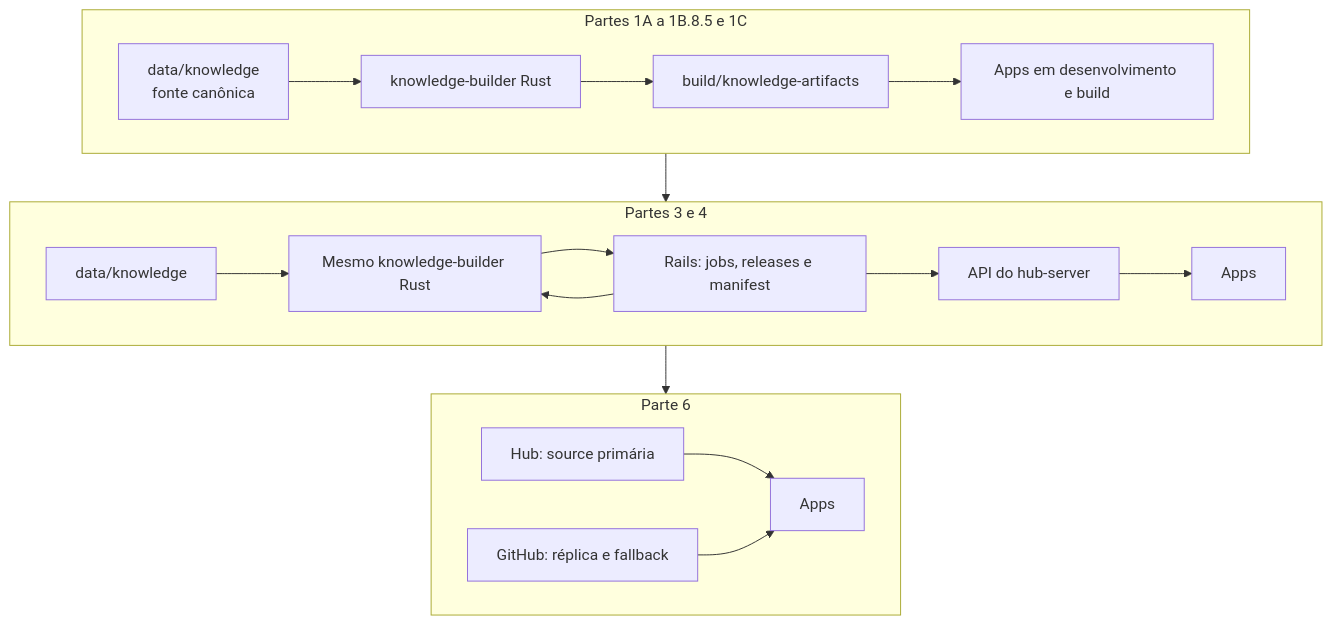
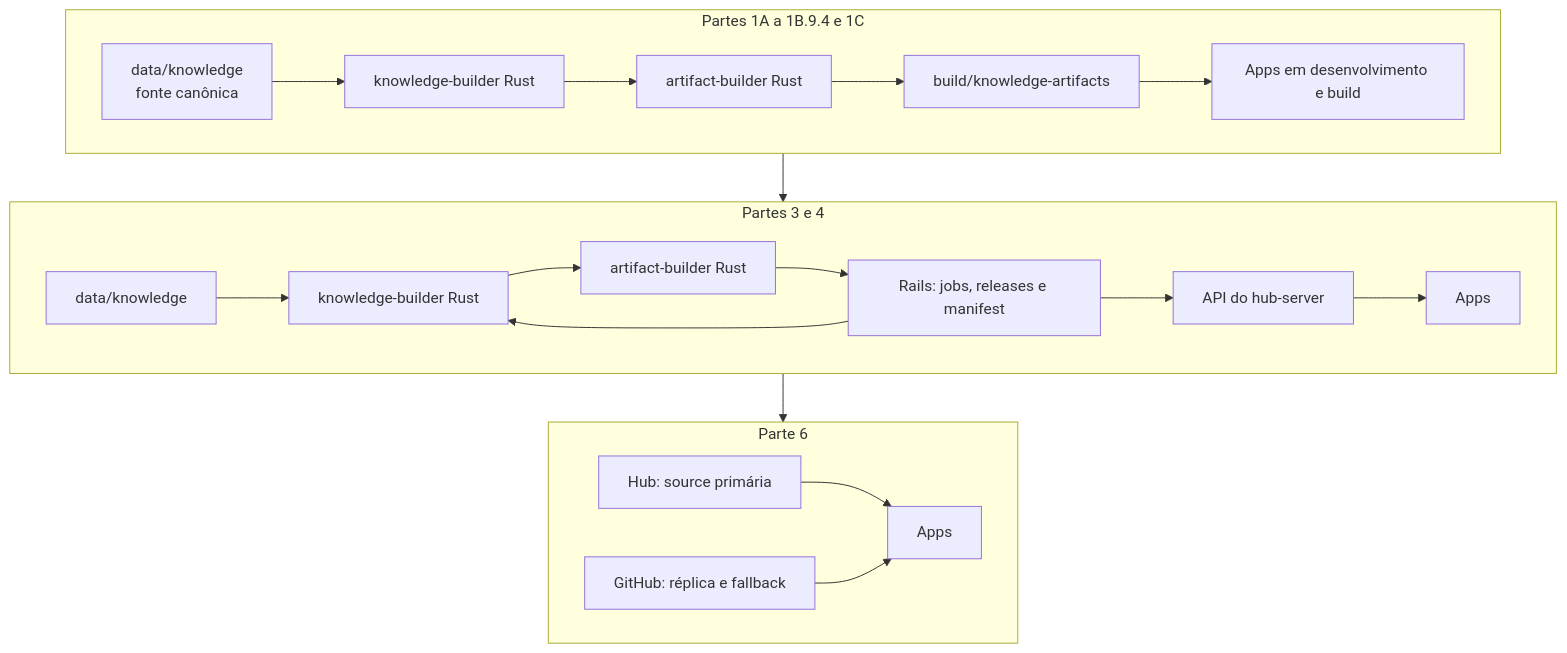
One commit to migmoroni/veterinary-clinic changed the second of 3 diagrams in docs/plans/hub-server/README.md. Above: the diagram before and after it, drawn with Mermaid. The commit also changed other lines of this file and 11 other files, not shown here.

````diff
--- a/docs/plans/hub-server/README.md
+++ b/docs/plans/hub-server/README.md
@@ -89,23 +99,25 @@
 ```mermaid
 flowchart TB
-    subgraph S1["Partes 1A a 1B.8.5 e 1C"]
+    subgraph S1["Partes 1A a 1B.9.4 e 1C"]
         D1["data/knowledge<br/>fonte canônica"] --> G1["knowledge-builder Rust"]
-        G1 --> B1["build/knowledge-artifacts"]
+        G1 --> AB1["artifact-builder Rust"]
+        AB1 --> B1["build/knowledge-artifacts"]
         B1 --> A1["Apps em desenvolvimento e build"]
     end
 
     subgraph S2["Partes 3 e 4"]
-        D2["data/knowledge"] --> G2["Mesmo knowledge-builder Rust"]
+        D2["data/knowledge"] --> G2["knowledge-builder Rust"]
         R2["Rails: jobs, releases e manifest"] --> G2
-        G2 --> R2
+        G2 --> AB2["artifact-builder Rust"]
+        AB2 --> R2
         R2 --> H2["API do hub-server"]
         H2 --> A2["Apps"]
     end
 
     subgraph S3["Parte 6"]
         H3["Hub: source primária"] --> A3["Apps"]
         GH3["GitHub: réplica e fallback"] --> A3
     end
 
     S1 --> S2 --> S3
 ```
````
